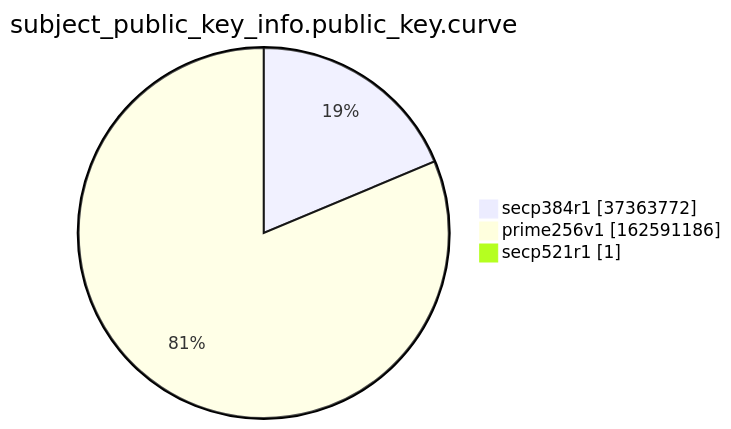
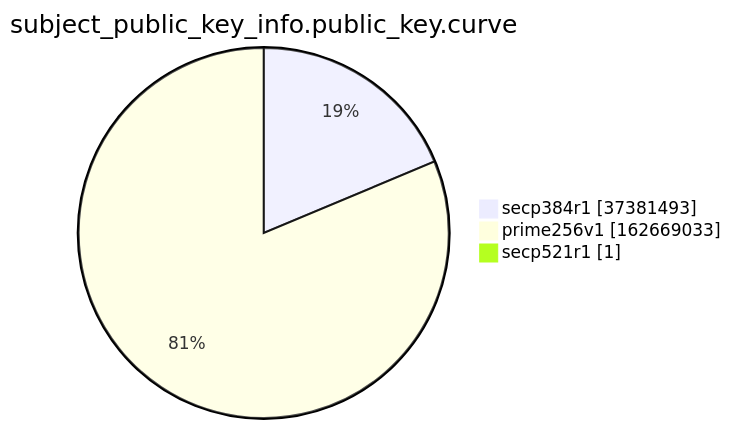
One commit to christiankrug/ctmonitor_visualization changed the ninth of 15 diagrams in argon2022/README.md. Above: the diagram before and after it, drawn with Mermaid. The commit also changed other lines of this file, not shown here.

````diff
--- a/argon2022/README.md
+++ b/argon2022/README.md
@@ -2766,7 +2766,7 @@
 ```mermaid
 pie showData
 title subject_public_key_info.public_key.curve
-"secp384r1" :37363772
-"prime256v1" :162591186
+"secp384r1" :37381493
+"prime256v1" :162669033
 "secp521r1" :1
 ```
````
